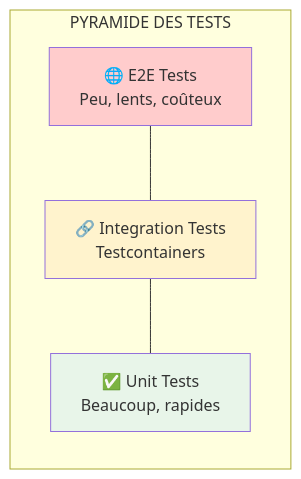
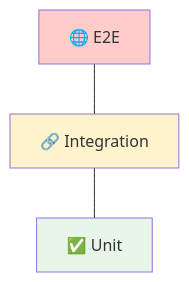
Before and after one commit to msellamiTN/kafka-bhf: the first of 2 diagrams in formation-v2/day-03-integration/module-07-testing/README.md, drawn with Mermaid. The commit also changed other lines of this file and 4 other files, not shown here.

Commit message:
refactor: reorganize Mermaid diagrams - more compact and readable

````diff
--- a/formation-v2/day-03-integration/module-07-testing/README.md
+++ b/formation-v2/day-03-integration/module-07-testing/README.md
@@ -22,15 +22,7 @@
 ```mermaid
 flowchart TB
-    subgraph pyramid["PYRAMIDE DES TESTS"]
-        direction TB
-        E2E["🌐 E2E Tests<br/>Peu, lents, coûteux"]
-        INT["🔗 Integration Tests<br/>Testcontainers"]
-        UNIT["✅ Unit Tests<br/>Beaucoup, rapides"]
-    end
-    
-    E2E --- INT --- UNIT
-    
+    E2E["🌐 E2E"] --- INT["🔗 Integration"] --- UNIT["✅ Unit"]
     style UNIT fill:#e8f5e9
     style INT fill:#fff3cd
     style E2E fill:#ffcccc
 ```
````
